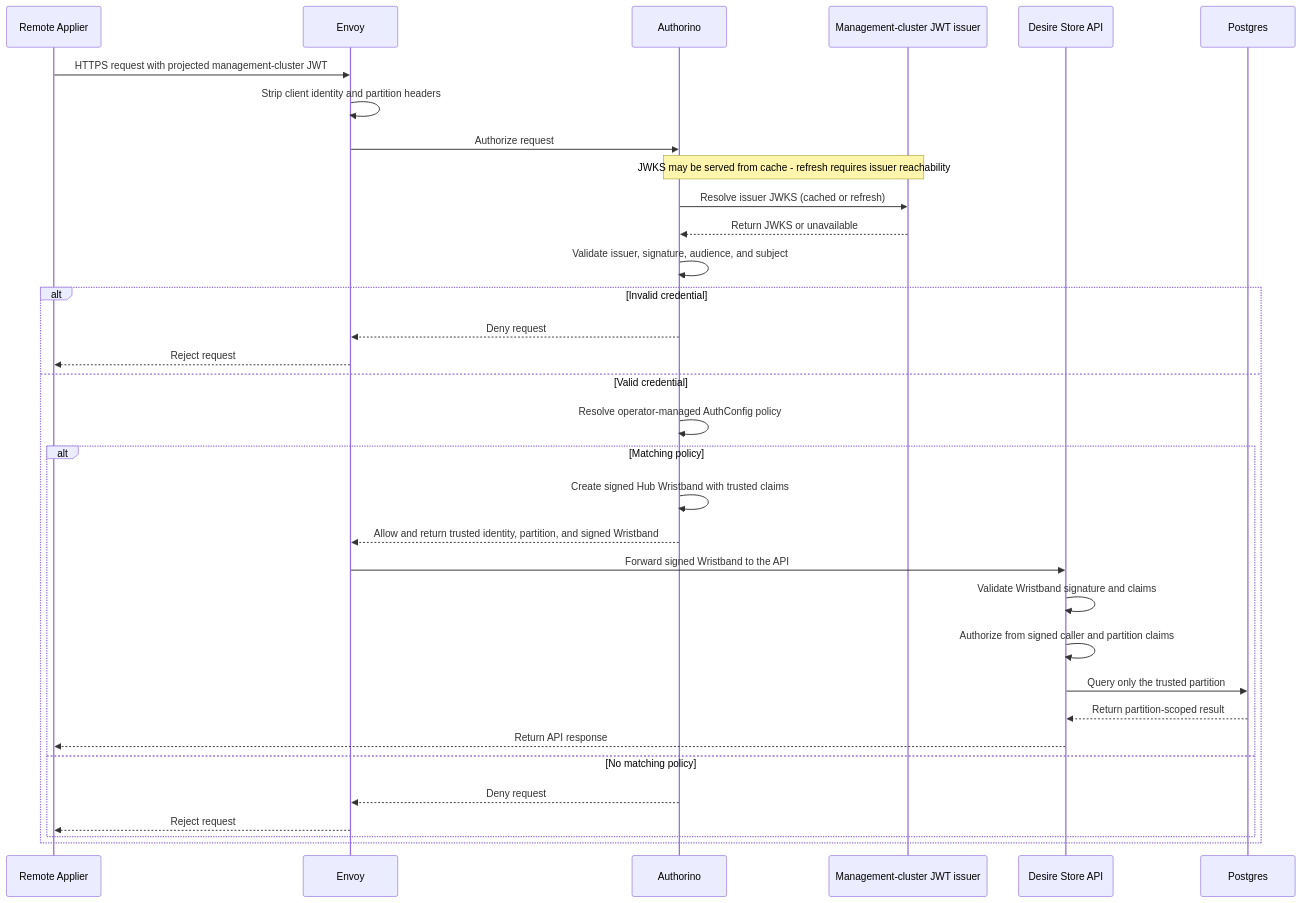
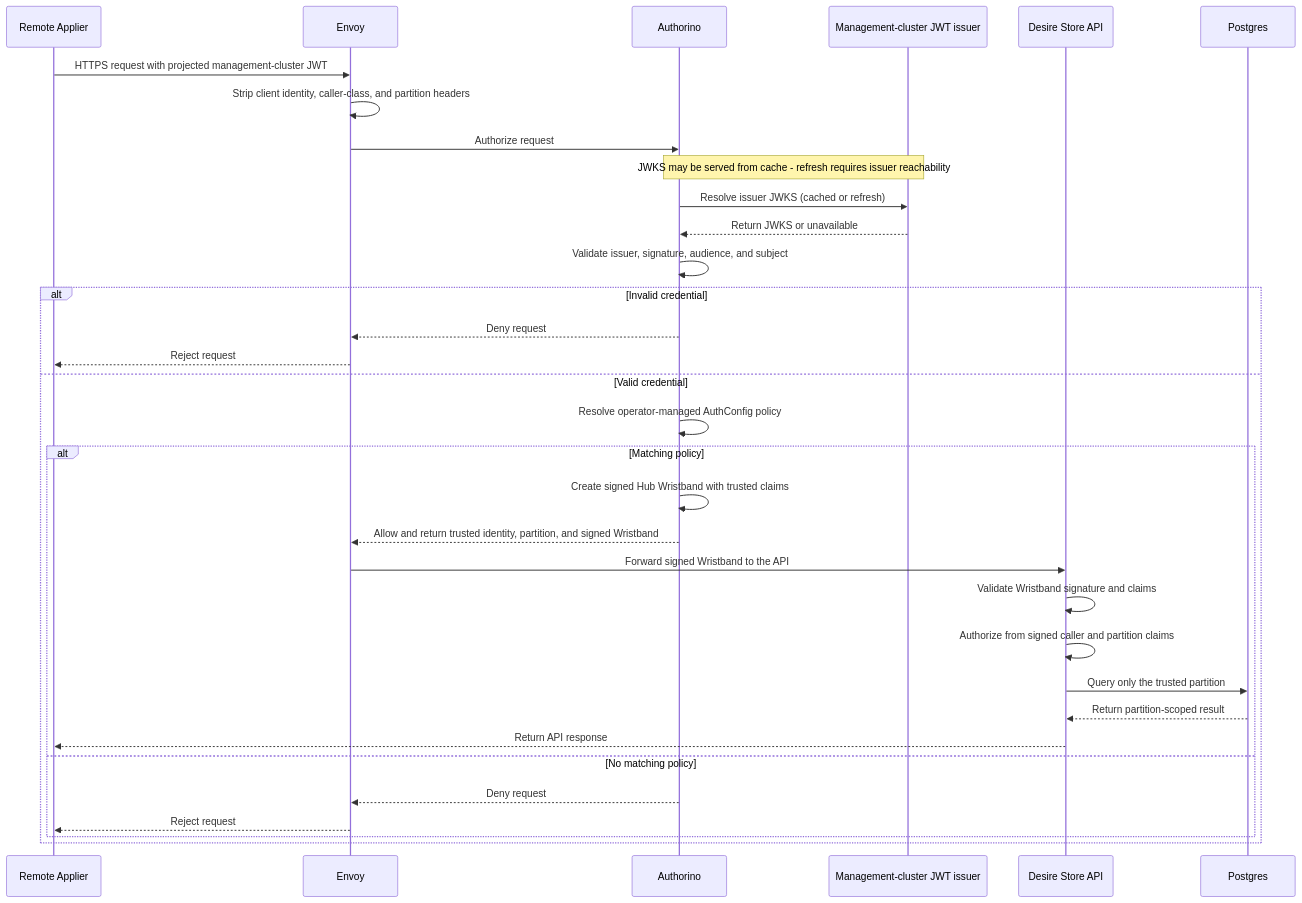
The second of 2 diagrams in hyperfleet/docs/desire-store-hld.md (openshift-hyperfleet/architecture), drawn with Mermaid before and after one commit. The commit also changed other lines of this file and 3 other files, not shown here.

````diff
--- a/hyperfleet/docs/desire-store-hld.md
+++ b/hyperfleet/docs/desire-store-hld.md
@@ -75,36 +76,36 @@
 ```mermaid
 sequenceDiagram
     participant AP as Remote Applier
     participant ENV as Envoy
     participant AUTH as Authorino
     participant MCISS as Management-cluster JWT issuer
     participant API as Desire Store API
     participant PG as Postgres
 
     AP->>ENV: HTTPS request with projected management-cluster JWT
-    ENV->>ENV: Strip client identity and partition headers
+    ENV->>ENV: Strip client identity, caller-class, and partition headers
     ENV->>AUTH: Authorize request
     Note over AUTH, MCISS: JWKS may be served from cache - refresh requires issuer reachability
     AUTH->>MCISS: Resolve issuer JWKS (cached or refresh)
     MCISS-->>AUTH: Return JWKS or unavailable
     AUTH->>AUTH: Validate issuer, signature, audience, and subject
     alt Invalid credential
         AUTH-->>ENV: Deny request
         ENV-->>AP: Reject request
     else Valid credential
         AUTH->>AUTH: Resolve operator-managed AuthConfig policy
         alt Matching policy
             AUTH->>AUTH: Create signed Hub Wristband with trusted claims
             AUTH-->>ENV: Allow and return trusted identity, partition, and signed Wristband
             ENV->>API: Forward signed Wristband to the API
             API->>API: Validate Wristband signature and claims
             API->>API: Authorize from signed caller and partition claims
             API->>PG: Query only the trusted partition
             PG-->>API: Return partition-scoped result
             API-->>AP: Return API response
         else No matching policy
             AUTH-->>ENV: Deny request
             ENV-->>AP: Reject request
         end
     end
 ```
````
